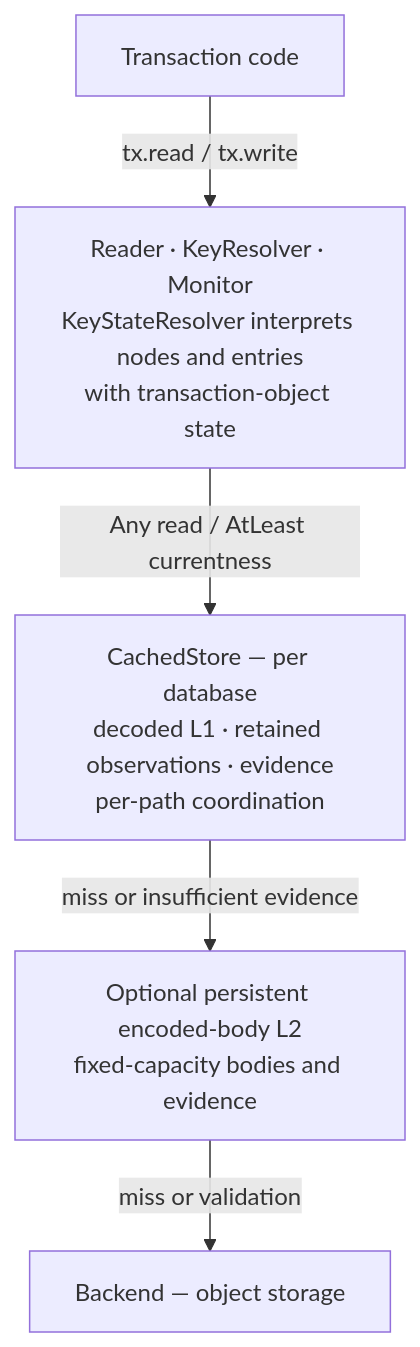
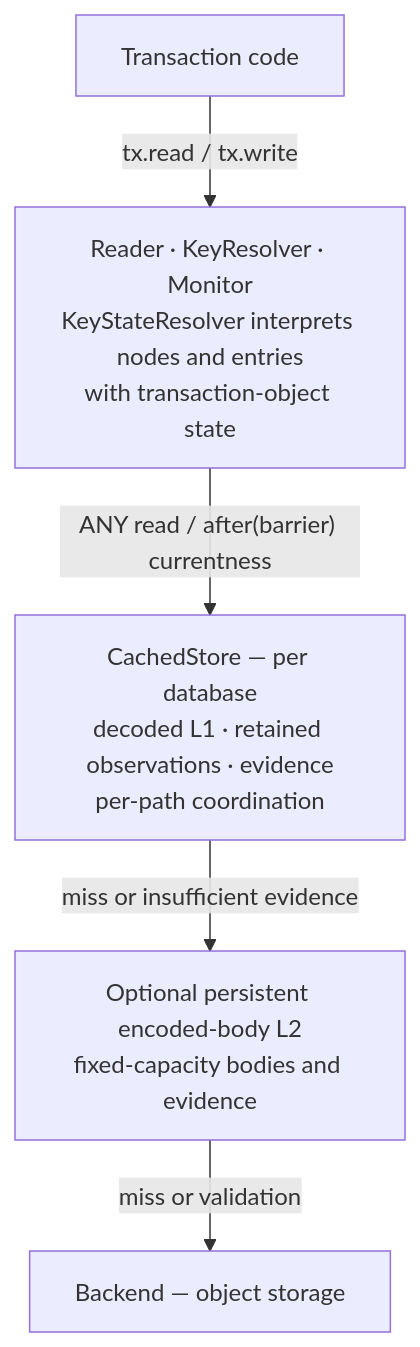
One commit to mbrt/glassdb-rs changed the second of 3 diagrams in docs/architecture.md. Above: the diagram before and after it, drawn with Mermaid. The commit also changed other lines of this file and 3 other files, not shown here.

````diff
--- a/docs/architecture.md
+++ b/docs/architecture.md
@@ -938,13 +955,13 @@
 ```mermaid
 flowchart TD
   Tx["Transaction code"]
   Access["Reader · KeyResolver · Monitor<br/>KeyStateResolver interprets nodes and entries<br/>with transaction-object state"]
   L1["CachedStore — per database<br/>decoded L1 · retained observations · evidence<br/>per-path coordination"]
   L2["Optional persistent encoded-body L2<br/>fixed-capacity bodies and evidence"]
   Backend["Backend — object storage"]
 
   Tx -->|"tx.read / tx.write"| Access
-  Access -->|"Any read / AtLeast currentness"| L1
+  Access -->|"ANY read / after(barrier) currentness"| L1
   L1 -->|"miss or insufficient evidence"| L2
   L2 -->|"miss or validation"| Backend
 ```
````
